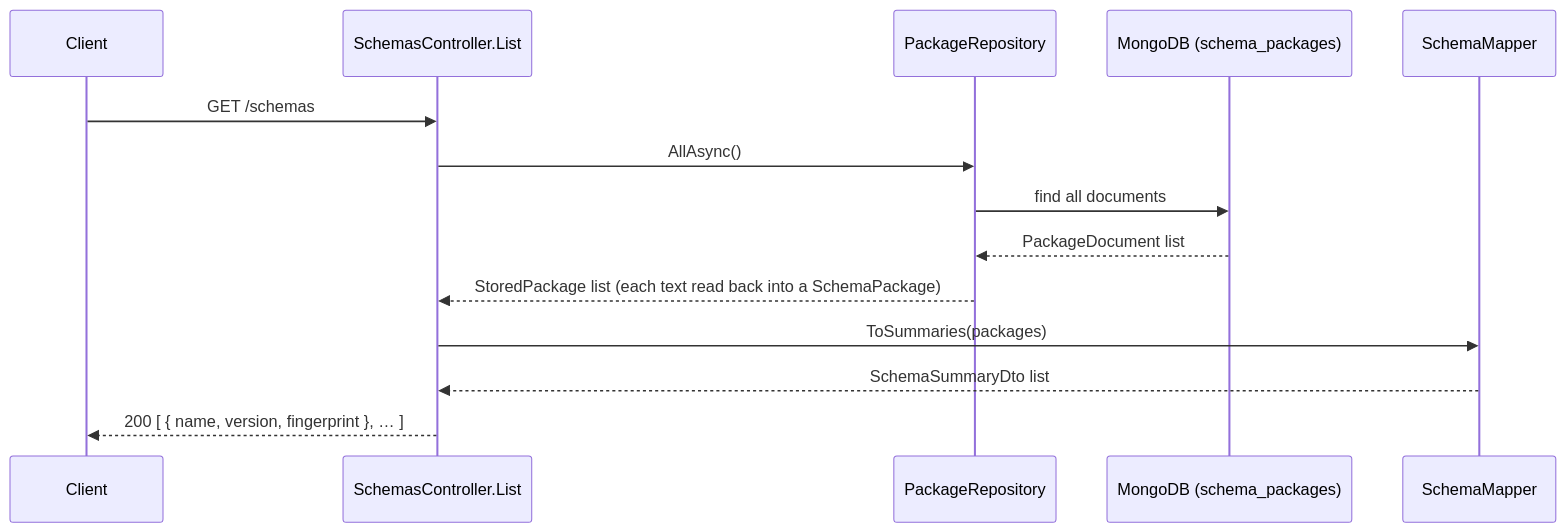
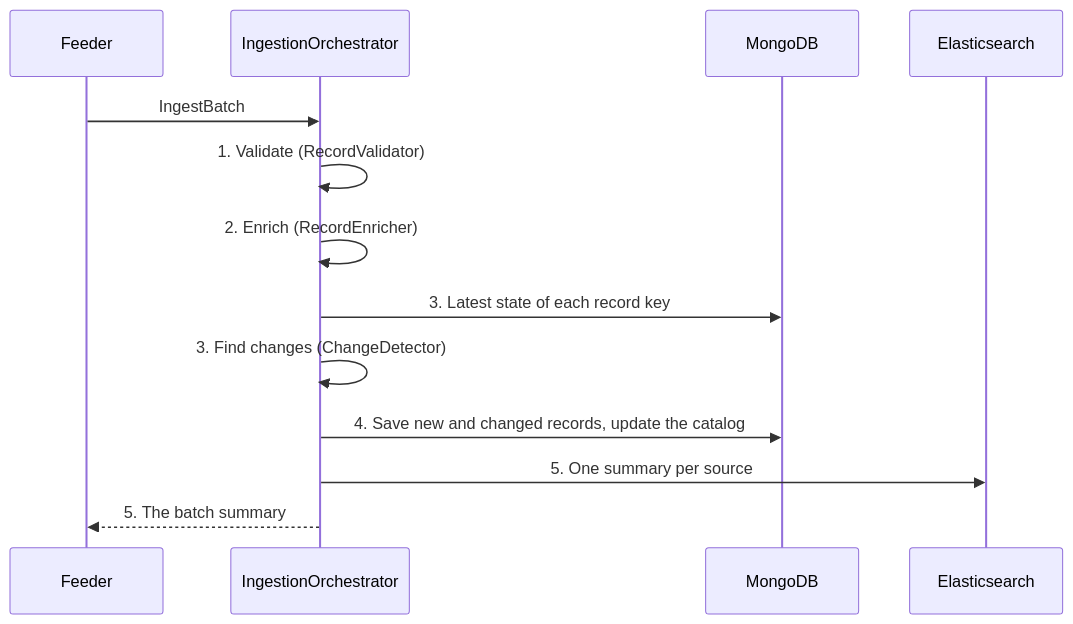
One commit to ShlomoShoov/Synapsis changed the second of 2 diagrams in UNDERSTANDING.md. Above: the diagram before and after it, drawn with Mermaid. The commit also changed other lines of this file and 2 other files, not shown here.

Commit message:
docs: contract, UNDERSTANDING.md and README for the basic flow

````diff
--- a/UNDERSTANDING.md
+++ b/UNDERSTANDING.md
@@ -154,16 +58,15 @@
 ```mermaid
 sequenceDiagram
-    participant C as Client
-    participant SC as SchemasController.List
-    participant PR as PackageRepository
-    participant DB as MongoDB (schema_packages)
-    participant SM as SchemaMapper
-    C->>SC: GET /schemas
-    SC->>PR: AllAsync()
-    PR->>DB: find all documents
-    DB-->>PR: PackageDocument list
-    PR-->>SC: StoredPackage list (each text read back into a SchemaPackage)
-    SC->>SM: ToSummaries(packages)
-    SM-->>SC: SchemaSummaryDto list
-    SC-->>C: 200 [ { name, version, fingerprint }, … ]
+  participant F as Feeder
+  participant O as IngestionOrchestrator
+  participant DB as MongoDB
+  participant ES as Elasticsearch
+  F->>O: IngestBatch
+  O->>O: 1. Validate (RecordValidator)
+  O->>O: 2. Enrich (RecordEnricher)
+  O->>DB: 3. Latest state of each record key
+  O->>O: 3. Find changes (ChangeDetector)
+  O->>DB: 4. Save new and changed records, update the catalog
+  O->>ES: 5. One summary per source
+  O-->>F: 5. The batch summary
 ```
````
